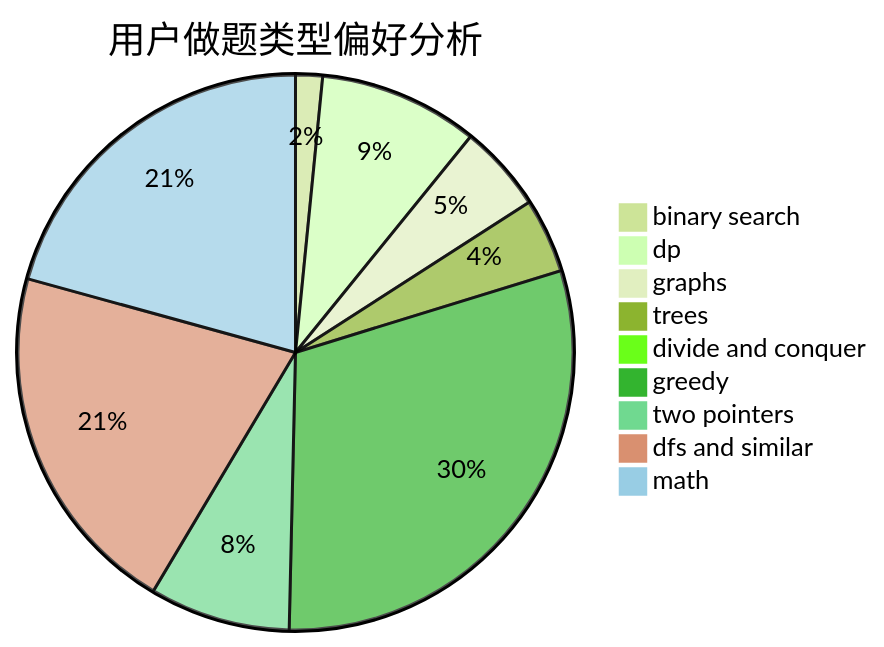
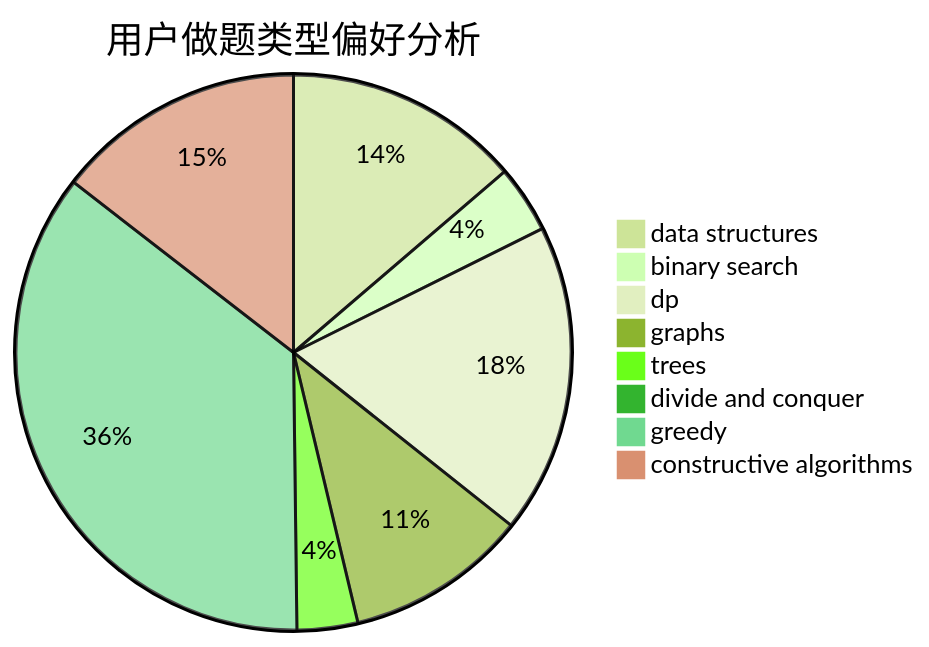
The second of 3 diagrams in docs/user/u2750.md (sherpahu/cfrs.github.io), drawn with Mermaid (forest theme) before and after one commit. The commit also changed other lines of this file and 2775 other files, not shown here.

````diff
--- a/docs/user/u2750.md
+++ b/docs/user/u2750.md
@@ -23,12 +23,11 @@
 ```mermaid
 pie title 用户做题类型偏好分析
-    "binary search" :  13
-    "dp" :  77
-    "graphs" :  42
-    "trees" :  36
+    "data structures" :  35
+    "binary search" :  10
+    "dp" :  46
+    "graphs" :  27
+    "trees" :  9
     "divide and conquer" :  0
-    "greedy" :  250
-    "two pointers" :  68
-    "dfs and similar" :  172
-    "math" :  172
+    "greedy" :  91
+    "constructive algorithms" :  37
 ```
````
